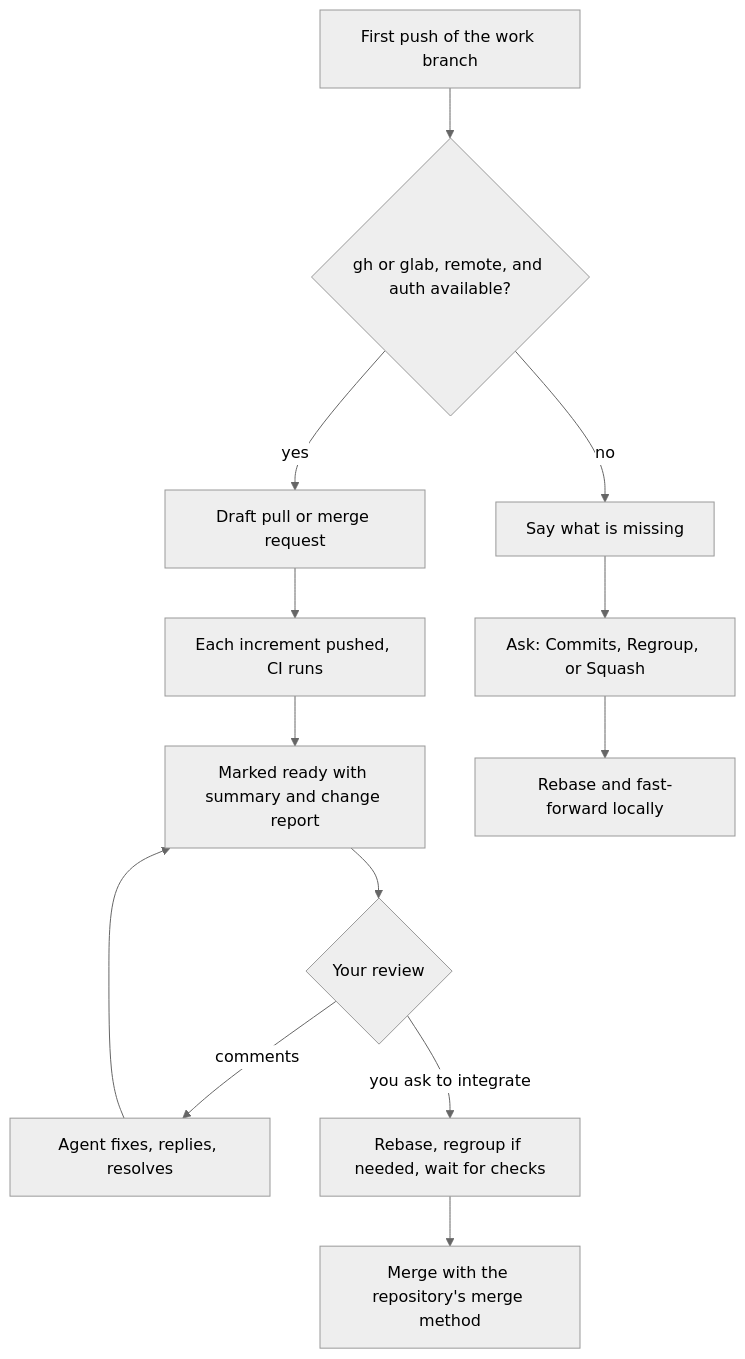
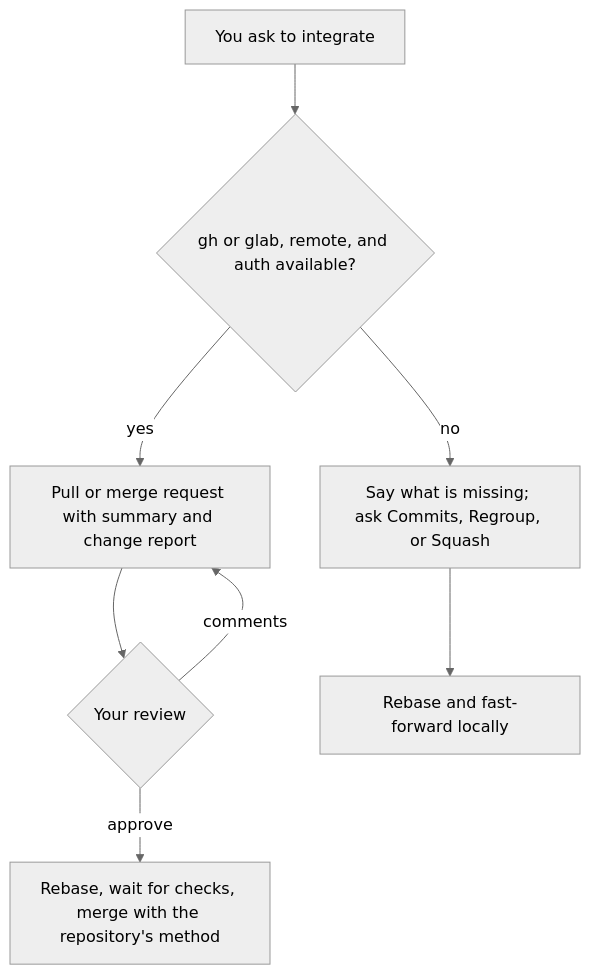
Before and after one commit to an-dr/agents: the diagram in skills/actions/an-dr-dev-integrate/README.md, drawn with Mermaid (neutral theme). The commit also changed other lines of this file and 71 other files, not shown here.

First line of the commit message:
feat(workflow)!: run every flow on one common path with named approvals

````diff
--- a/skills/actions/an-dr-dev-integrate/README.md
+++ b/skills/actions/an-dr-dev-integrate/README.md
@@ -13,15 +12,10 @@
 ```mermaid
 flowchart TD
-  P[First push of the work branch] --> D{gh or glab, remote, and auth available?}
-  D -- yes --> R[Draft pull or merge request]
-  R --> I[Each increment pushed, CI runs]
-  I --> F[Marked ready with summary and change report]
-  F --> C{Your review}
-  C -- comments --> X[Agent fixes, replies, resolves]
-  X --> F
-  C -- you ask to integrate --> M[Rebase, regroup if needed, wait for checks]
-  M --> G[Merge with the repository's merge method]
-  D -- no --> L[Say what is missing]
-  L --> Q[Ask: Commits, Regroup, or Squash]
+  P[You ask to integrate] --> D{gh or glab, remote, and auth available?}
+  D -- yes --> R[Pull or merge request with summary and change report]
+  R --> C{Your review}
+  C -- comments --> R
+  C -- approve --> M[Rebase, wait for checks, merge with the repository's method]
+  D -- no --> Q[Say what is missing; ask Commits, Regroup, or Squash]
   Q --> LL[Rebase and fast-forward locally]
 ```
````
